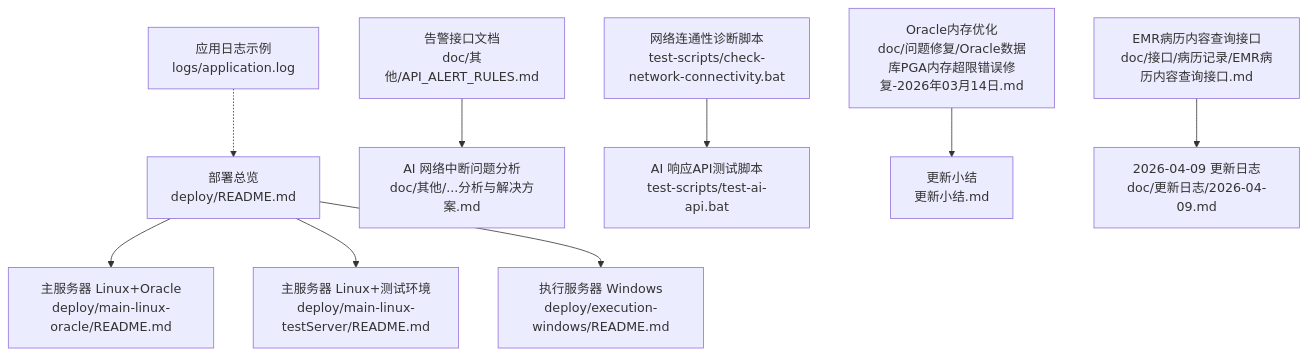
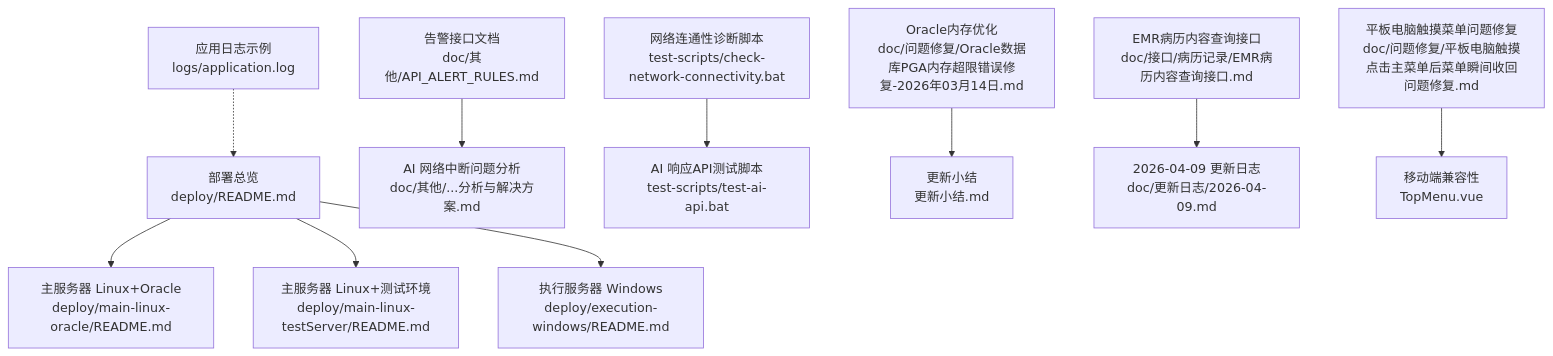
Before and after one commit to liuzh2008/med_ai_assistant_workspace: the first of 4 diagrams in .qoder/repowiki/zh/content/故障排除.md, drawn with Mermaid. The commit also changed other lines of this file and 5 other files, not shown here.

````diff
--- a/.qoder/repowiki/zh/content/故障排除.md
+++ b/.qoder/repowiki/zh/content/故障排除.md
@@ -52,11 +63,12 @@
 ```mermaid
 graph TB
 A["部署总览<br/>deploy/README.md"] --> B["主服务器 Linux+Oracle<br/>deploy/main-linux-oracle/README.md"]
 A --> C["主服务器 Linux+测试环境<br/>deploy/main-linux-testServer/README.md"]
 A --> D["执行服务器 Windows<br/>deploy/execution-windows/README.md"]
 E["告警接口文档<br/>doc/其他/API_ALERT_RULES.md"] --> F["AI 网络中断问题分析<br/>doc/其他/...分析与解决方案.md"]
 G["网络连通性诊断脚本<br/>test-scripts/check-network-connectivity.bat"] --> H["AI 响应API测试脚本<br/>test-scripts/test-ai-api.bat"]
 I["应用日志示例<br/>logs/application.log"] -.-> A
 J["Oracle内存优化<br/>doc/问题修复/Oracle数据库PGA内存超限错误修复-2026年03月14日.md"] --> K["更新小结<br/>更新小结.md"]
 L["EMR病历内容查询接口<br/>doc/接口/病历记录/EMR病历内容查询接口.md"] --> M["2026-04-09 更新日志<br/>doc/更新日志/2026-04-09.md"]
+N["平板电脑触摸菜单问题修复<br/>doc/问题修复/平板电脑触摸点击主菜单后菜单瞬间收回问题修复.md"] --> O["移动端兼容性<br/>TopMenu.vue"]
 ```
````
